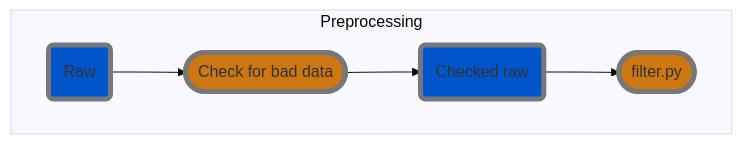
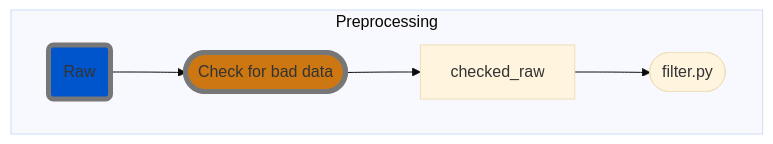
The diagram in README.md (hiroyoshi-yamasaki/MNE-MVPA), drawn with Mermaid (base theme) before and after one commit.

Commit message:
mermaid not working on github

````diff
--- a/README.md
+++ b/README.md
@@ -4,26 +4,25 @@
 ```mermaid
 graph TD
     %% Processes
     classDef automatic_process fill: #b21, stroke-width: 5px, stroke: #777
     classDef manual_process fill: #c71, stroke-width: 5px, stroke: #777
     
     %% Data
     classDef mne_data fill: #05c, stroke-width: 5px, stroke: #777
     classDef event_data fill: #260, stroke-width: 5px, stroke: #777
     classDef other_data fill: #55c, stroke-width: 5px, stroke: #777
 
     %% Preprocessing MEG data
     subgraph "Preprocessing"
     
         %% Manual check for bad channels, artefacts etc.
         raw_data("Raw"):::mne_data --> check_raw(["Check for bad data"]):::manual_process;
-        check_raw --> checked_raw("Checked raw"):::mne_data;
+        check_raw --> checked_raw;
     
-        checked_raw --> filter(["filter.py"]):::manual_process;
-        %%filter --> filtered_raw("Filtered raw"):::mne_data;
+        checked_raw --> filter(["filter.py"]);
         
         
         
     end
     
 ```
````
